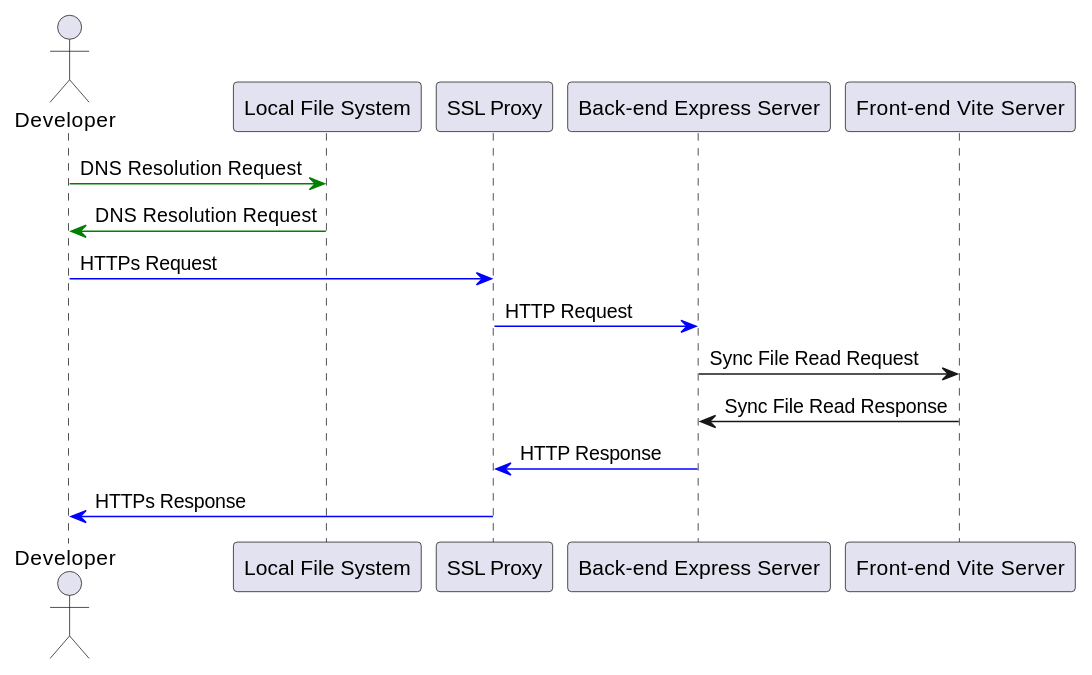
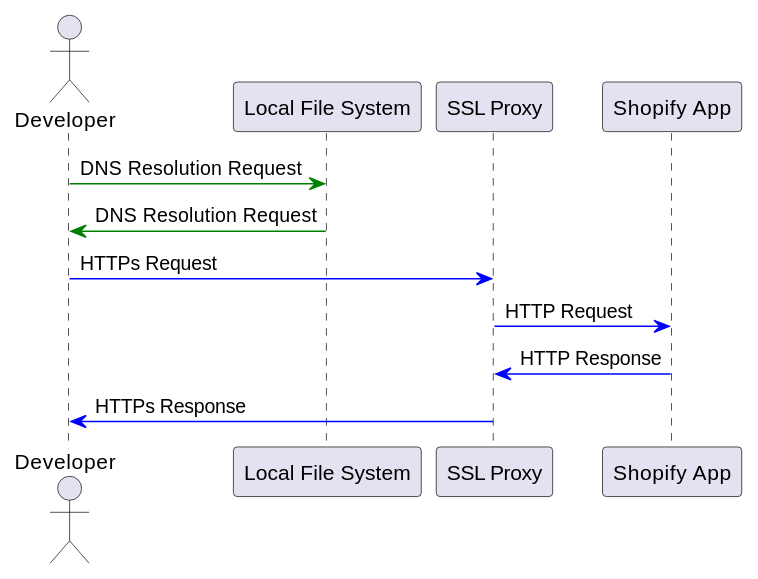
Before and after one commit to xianqugithub/xianqugithub.github.io: the second of 2 diagrams in assets/img/uml.org, drawn with PlantUML. The commit also changed 2 other files, not shown here.

Commit message:
simplify the graph for a bit.

```diff
--- a/assets/img/uml.org
+++ b/assets/img/uml.org
@@ -33,14 +33,12 @@
      #+begin_src plantuml :file shopify-localhost-sequence.jpeg
 
      actor Developer
       Developer -[#green]> "Local File System": DNS Resolution Request
       "Local File System" -[#green]> Developer: DNS Resolution Request
 
      Developer -[#blue]> "SSL Proxy": HTTPs Request
-     "SSL Proxy" -[#blue]> "Back-end Express Server": HTTP Request
-     "Back-end Express Server" -> "Front-end Vite Server": Sync File Read Request
-     "Front-end Vite Server" -> "Back-end Express Server": Sync File Read Response
-     "Back-end Express Server" -[#blue]> "SSL Proxy": HTTP Response
+     "SSL Proxy" -[#blue]> "Shopify App": HTTP Request
+     "Shopify App" -[#blue]> "SSL Proxy": HTTP Response
      "SSL Proxy" -[#blue]> Developer: HTTPs Response
     
    #+end_src
```
